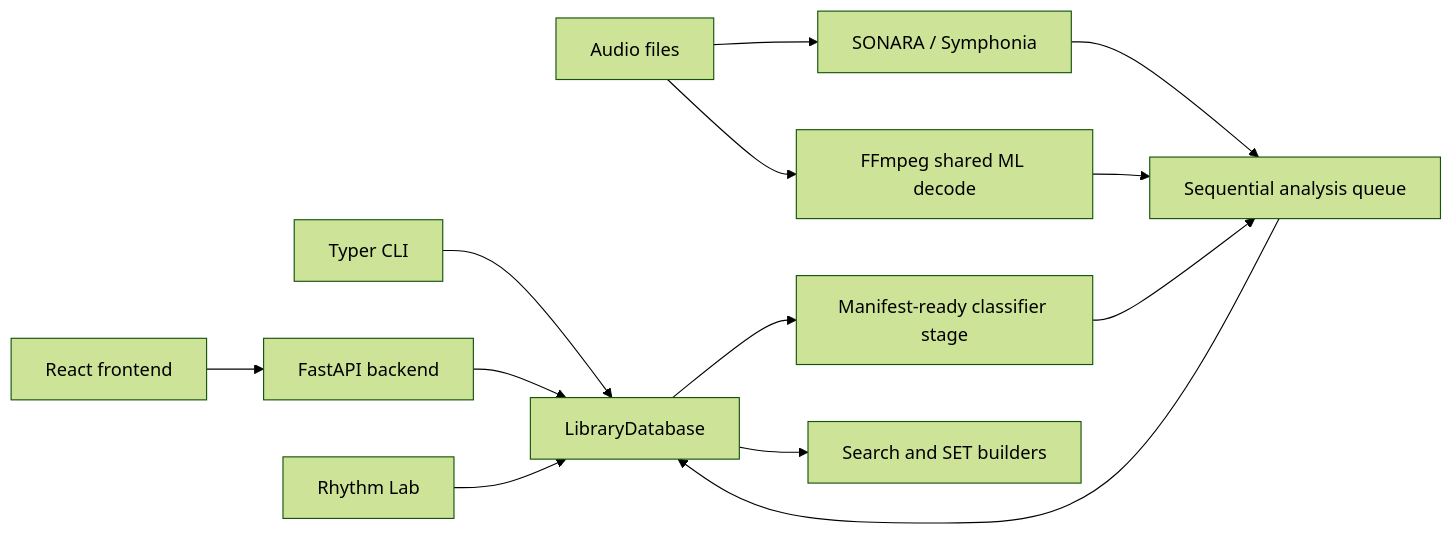
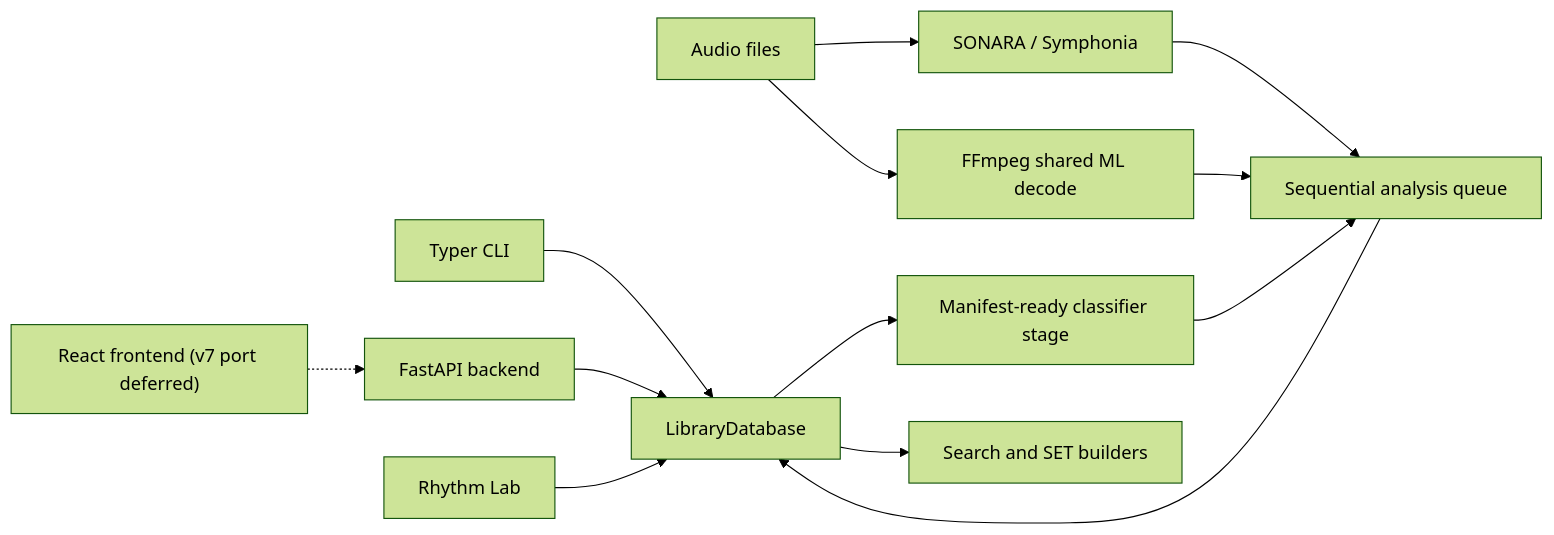
One commit to MeteorBurn/dj-track-similarity changed the diagram in docs/dj-track-similarity/developer/architecture.md. Above: the diagram before and after it, drawn with Mermaid (forest theme). The commit also changed other lines of this file and 286 other files, not shown here.

Commit message:
Activate greenfield v7 storage architecture

````diff
--- a/docs/dj-track-similarity/developer/architecture.md
+++ b/docs/dj-track-similarity/developer/architecture.md
@@ -9,15 +9,15 @@
 ```mermaid
 flowchart LR
     CLI[Typer CLI] --> DB[LibraryDatabase]
     API[FastAPI backend] --> DB
-    UI[React frontend] --> API
+    UI["React frontend (v7 port deferred)"] -.-> API
     Audio[Audio files] --> Sonara[SONARA / Symphonia]
     Audio --> FFmpeg[FFmpeg shared ML decode]
     Sonara --> Queue[Sequential analysis queue]
     FFmpeg --> Queue
     Queue --> DB
     DB --> Classifiers[Manifest-ready classifier stage]
     Classifiers --> Queue
     DB --> Search[Search and SET builders]
     Lab[Rhythm Lab] --> DB
 ```
````
